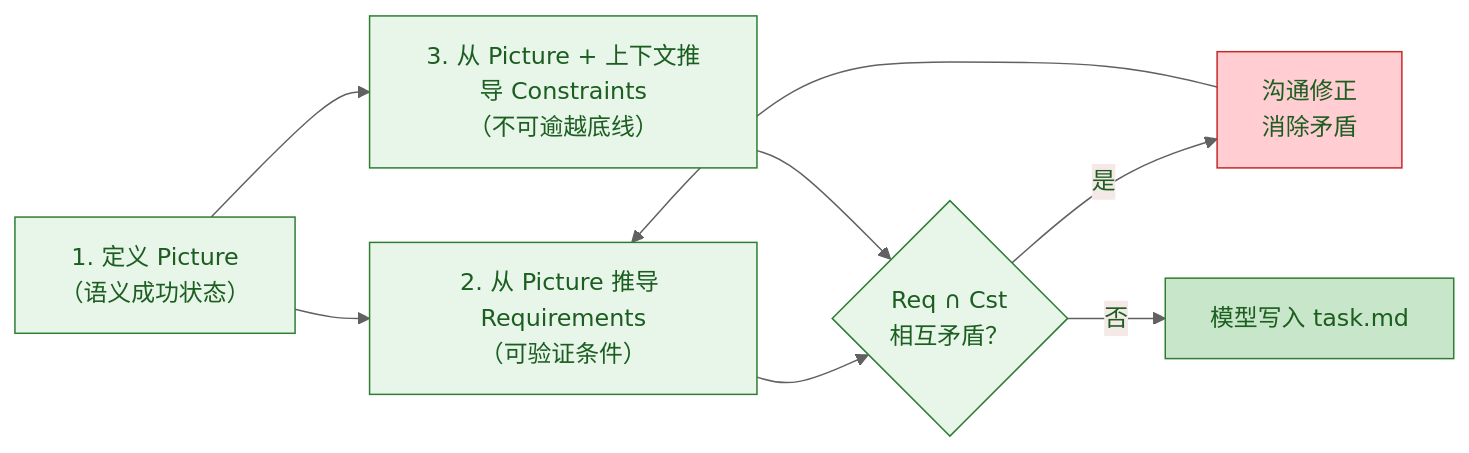
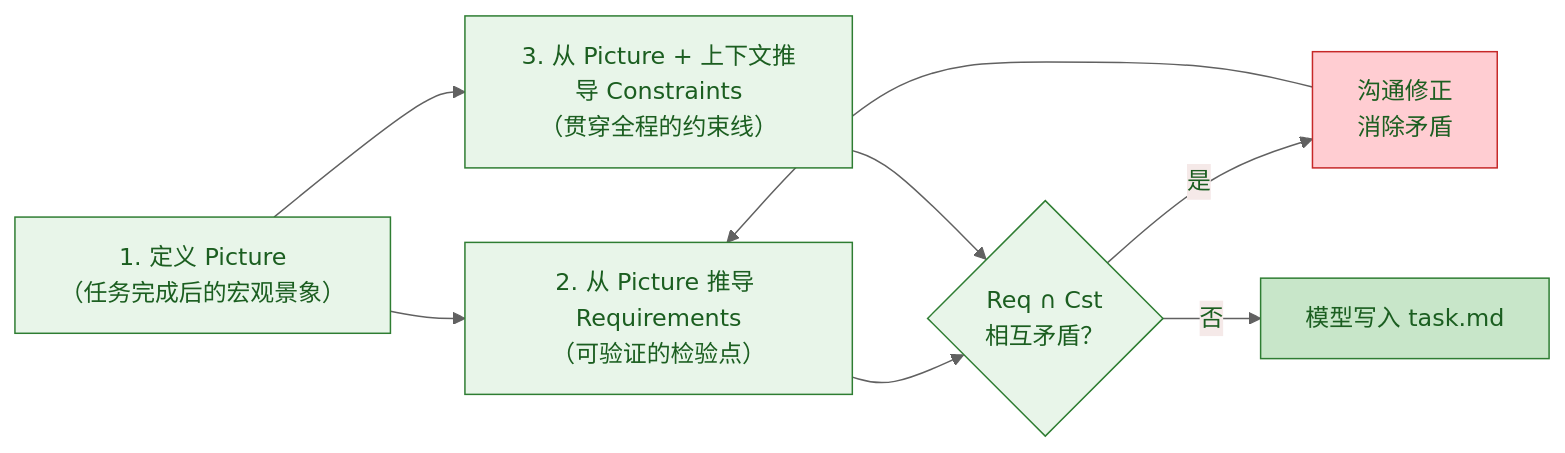
One commit to Lazyn0tBug/mem0ress changed the third of 8 diagrams in docs/spec.md. Above: the diagram before and after it, drawn with Mermaid. The commit also changed other lines of this file, not shown here.

````diff
--- a/docs/spec.md
+++ b/docs/spec.md
@@ -203,14 +211,14 @@
 ```mermaid
 %% label：任务信息模型定义顺序
 %%{ init: { 'theme': 'base', 'themeVariables': { 'primaryColor': '#e8f5e9', 'primaryTextColor': '#1b5e20', 'primaryBorderColor': '#2e7d32', 'lineColor': '#616161' } } }%%
 flowchart LR
-    A["1. 定义 Picture\n（语义成功状态）"] --> B["2. 从 Picture 推导 Requirements\n（可验证条件）"]
-    A --> C["3. 从 Picture + 上下文推导 Constraints\n（不可逾越底线）"]
+    A["1. 定义 Picture\n（任务完成后的宏观景象）"] --> B["2. 从 Picture 推导 Requirements\n（可验证的检验点）"]
+    A --> C["3. 从 Picture + 上下文推导 Constraints\n（贯穿全程的约束线）"]
     B --> D{"Req ∩ Cst\n相互矛盾？"}
     C --> D
     D -->|是| E["沟通修正\n消除矛盾"]
     E --> B
     D -->|否| F["模型写入 task.md"]
     style E fill:#ffcdd2,stroke:#c62828
     style F fill:#c8e6c9,stroke:#2e7d32
 ```
````
